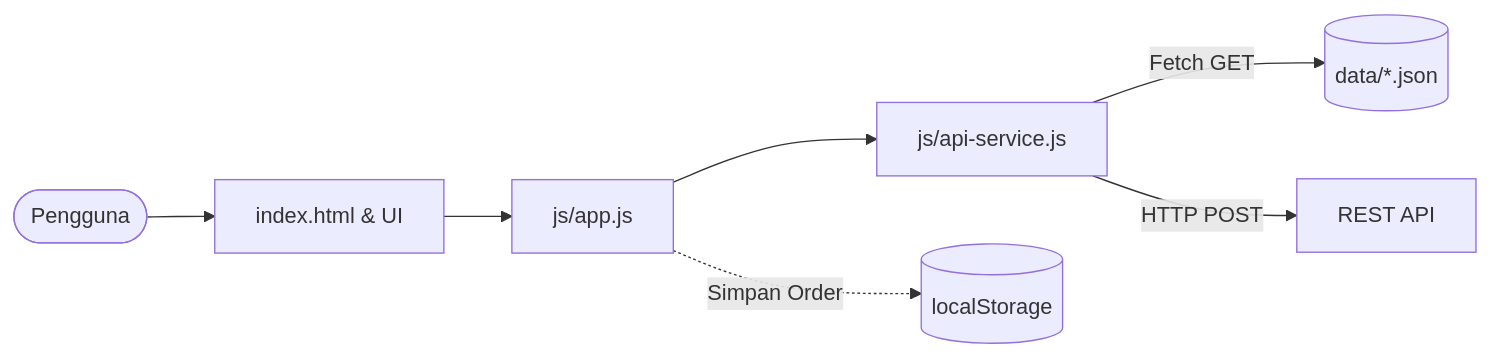
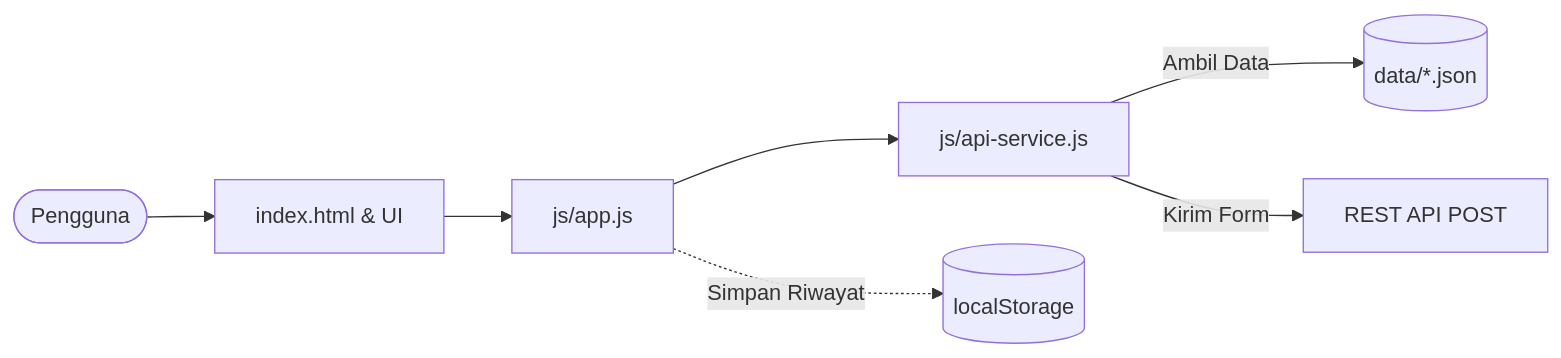
Before and after one commit to NikahPanjaitan/ppw-2026-week2-12S24041: the diagram in README.md, drawn with Mermaid. The commit also changed other lines of this file and 2 other files, not shown here.

````diff
--- a/README.md
+++ b/README.md
@@ -36,9 +28,9 @@
 ```mermaid
 flowchart LR
     User([Pengguna]) --> UI[index.html & UI]
     UI --> App[js/app.js]
     App --> DAL[js/api-service.js]
-    DAL -->|Fetch GET| Data[(data/*.json)]
-    DAL -->|HTTP POST| API[REST API]
-    App -.->|Simpan Order| Storage[(localStorage)]
+    DAL -->|Ambil Data| Data[(data/*.json)]
+    DAL -->|Kirim Form| API[REST API POST]
+    App -.->|Simpan Riwayat| Storage[(localStorage)]
 ```
````
